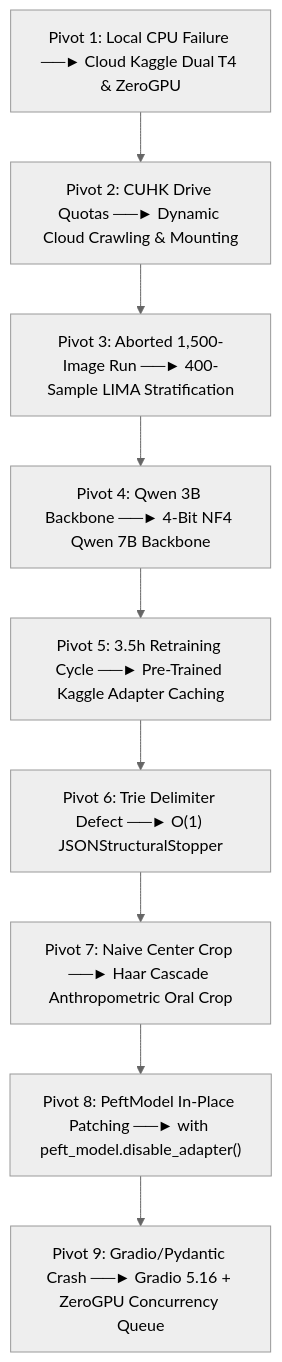
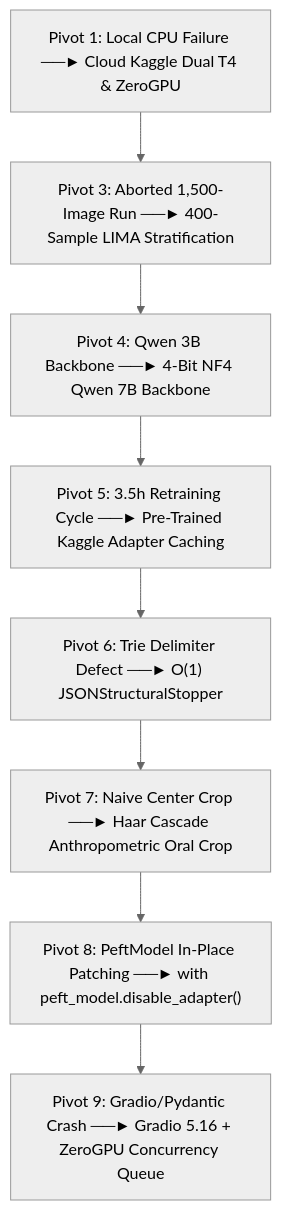
One commit to Aho-Bakaa/Facial_exp changed the diagram in BENCHMARKS.md. Above: the diagram before and after it, drawn with Mermaid (neutral theme). The commit also changed other lines of this file, not shown here.

Commit message:
Refactor pivots in BENCHMARKS.md for consistency
Updated pivots in benchmarks to improve clarity and organization.

````diff
--- a/BENCHMARKS.md
+++ b/BENCHMARKS.md
@@ -127,14 +127,13 @@
 ```mermaid
 flowchart TD
     P1["Pivot 1: Local CPU Failure ──► Cloud Kaggle Dual T4 & ZeroGPU"]
-    P2["Pivot 2: CUHK Drive Quotas ──► Dynamic Cloud Crawling & Mounting"]
-    P3["Pivot 3: Aborted 1,500-Image Run ──► 400-Sample LIMA Stratification"]
-    P4["Pivot 4: Qwen 3B Backbone ──► 4-Bit NF4 Qwen 7B Backbone"]
-    P5["Pivot 5: 3.5h Retraining Cycle ──► Pre-Trained Kaggle Adapter Caching"]
-    P6["Pivot 6: Trie Delimiter Defect ──► O(1) JSONStructuralStopper"]
-    P7["Pivot 7: Naive Center Crop ──► Haar Cascade Anthropometric Oral Crop"]
-    P8["Pivot 8: PeftModel In-Place Patching ──► with peft_model.disable_adapter()"]
-    P9["Pivot 9: Gradio/Pydantic Crash ──► Gradio 5.16 + ZeroGPU Concurrency Queue"]
+    P2["Pivot 3: Aborted 1,500-Image Run ──► 400-Sample LIMA Stratification"]
+    P3["Pivot 4: Qwen 3B Backbone ──► 4-Bit NF4 Qwen 7B Backbone"]
+    P4["Pivot 5: 3.5h Retraining Cycle ──► Pre-Trained Kaggle Adapter Caching"]
+    P5["Pivot 6: Trie Delimiter Defect ──► O(1) JSONStructuralStopper"]
+    P6["Pivot 7: Naive Center Crop ──► Haar Cascade Anthropometric Oral Crop"]
+    P7["Pivot 8: PeftModel In-Place Patching ──► with peft_model.disable_adapter()"]
+    P8["Pivot 9: Gradio/Pydantic Crash ──► Gradio 5.16 + ZeroGPU Concurrency Queue"]
 
-    P1 --> P2 --> P3 --> P4 --> P5 --> P6 --> P7 --> P8 --> P9
+    P1 --> P2 --> P3 --> P4 --> P5 --> P6 --> P7 --> P8
 ```
````
